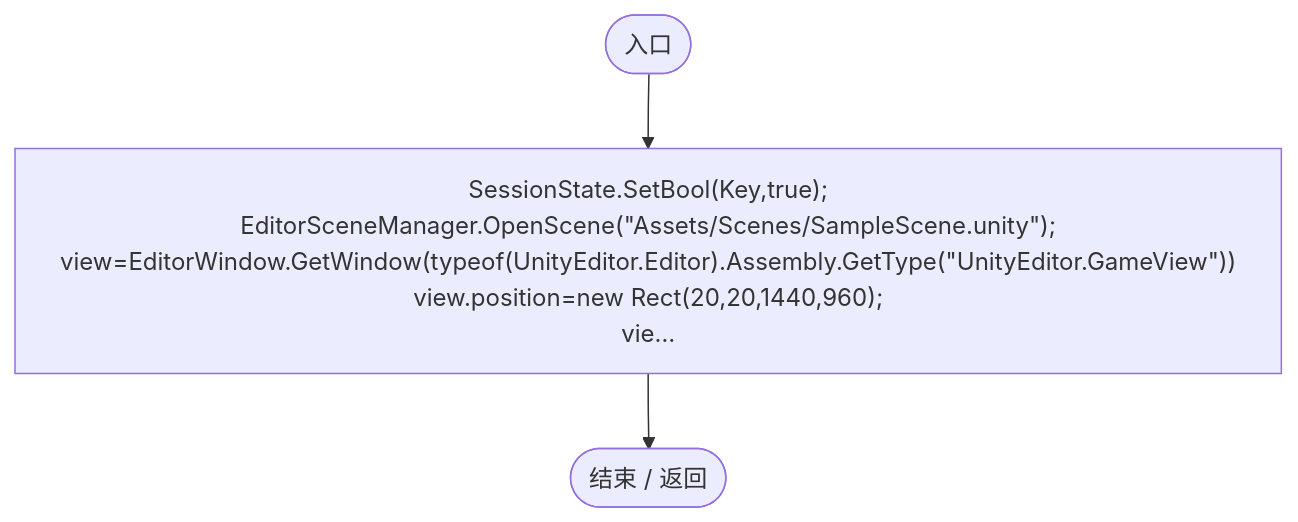
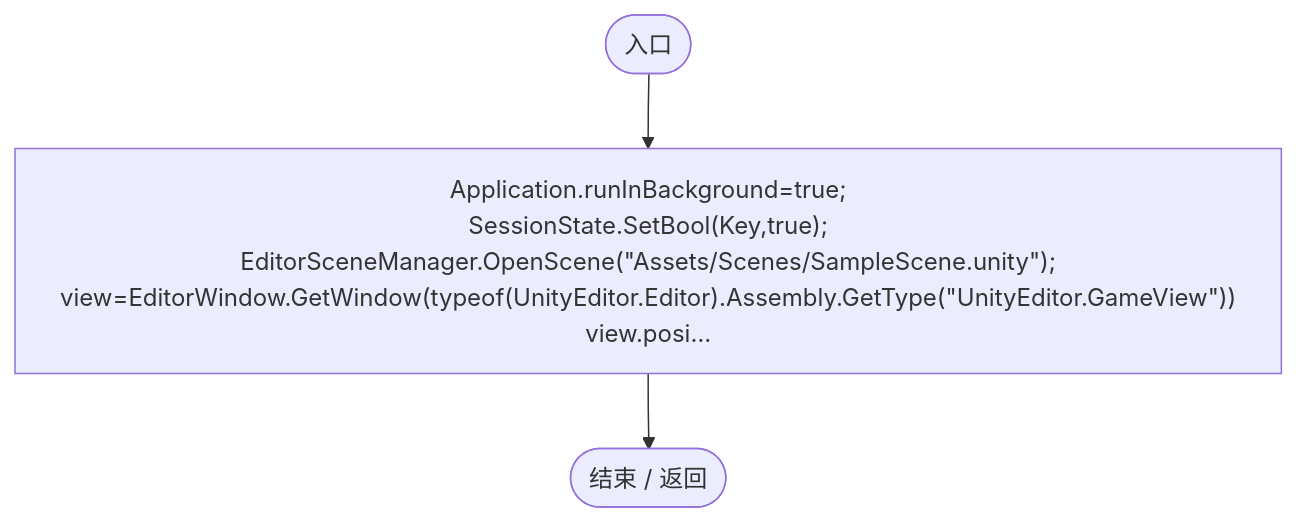
One commit to xhs6666/Darwin_paradise changed the fourth of 22 diagrams in Docs/运行流程图/脚本/c42720484a16e881.md. Above: the diagram before and after it, drawn with Mermaid. The commit also changed other lines of this file and 167 other files, not shown here.

````diff
--- a/Docs/运行流程图/脚本/c42720484a16e881.md
+++ b/Docs/运行流程图/脚本/c42720484a16e881.md
@@ -99,9 +99,9 @@
 ```mermaid
 flowchart TD
   b0(["入口"])
-  b1["SessionState.SetBool(Key,true);<br/>EditorSceneManager.OpenScene(&quot;Assets/Scenes/SampleScene.unity&quot;);<br/>view=EditorWindow.GetWindow(typeof(UnityEditor.Editor).Assembly.GetType(&quot;UnityEditor.GameView&quot;))<br/>view.position=new Rect(20,20,1440,960);<br/>vie…"]
+  b1["Application.runInBackground=true;<br/>SessionState.SetBool(Key,true);<br/>EditorSceneManager.OpenScene(&quot;Assets/Scenes/SampleScene.unity&quot;);<br/>view=EditorWindow.GetWindow(typeof(UnityEditor.Editor).Assembly.GetType(&quot;UnityEditor.GameView&quot;))<br/>view.posi…"]
   b2(["结束 / 返回"])
   b0 --> b1
   b1 --> b2
 
 ```
````
